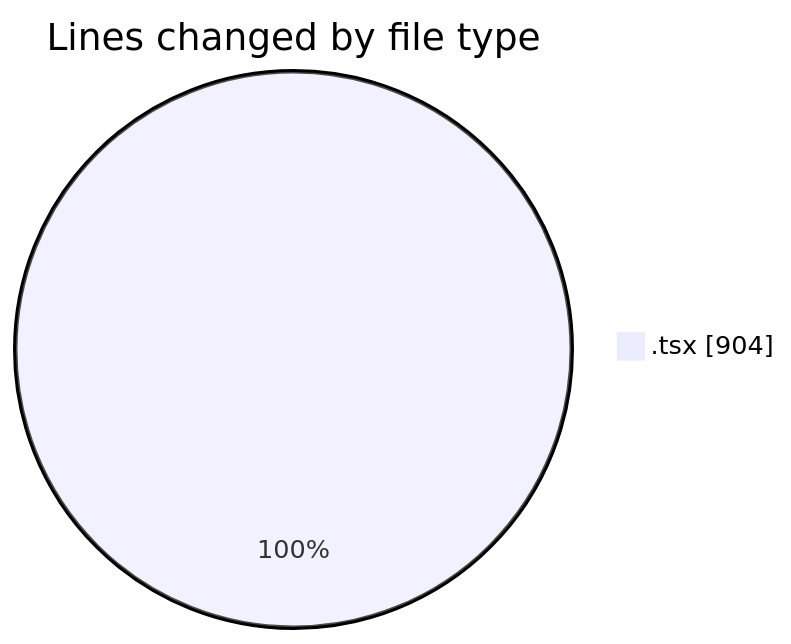
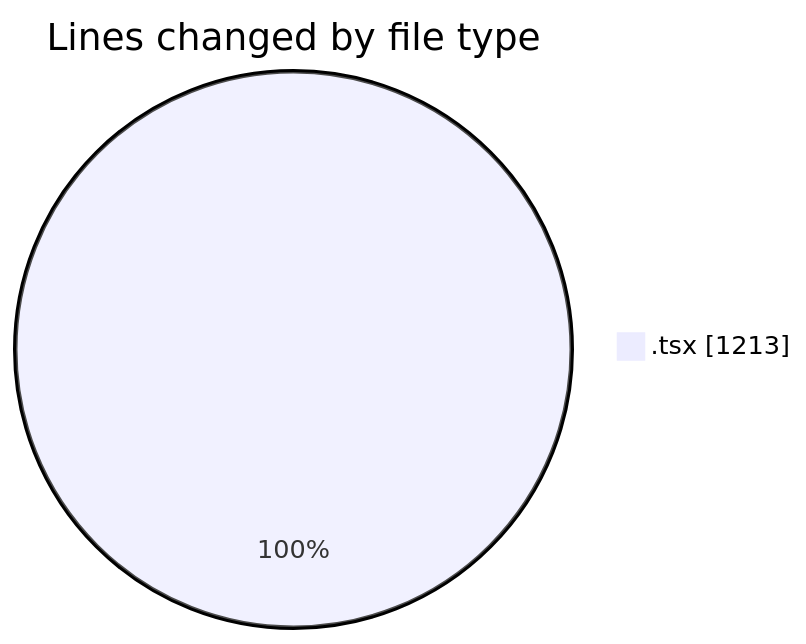
One commit to nxtqubesakshisongat/code-tracking changed the first of 2 diagrams in 2026-06-11/nxtqube_webapp/README.md. Above: the diagram before and after it, drawn with Mermaid. The commit also changed other lines of this file and 1 other file, not shown here.

````diff
--- a/2026-06-11/nxtqube_webapp/README.md
+++ b/2026-06-11/nxtqube_webapp/README.md
@@ -21,5 +21,5 @@
 ```mermaid
 pie showData
 title Lines changed by file type
-".tsx" : 904
+".tsx" : 1213
 ```
````
